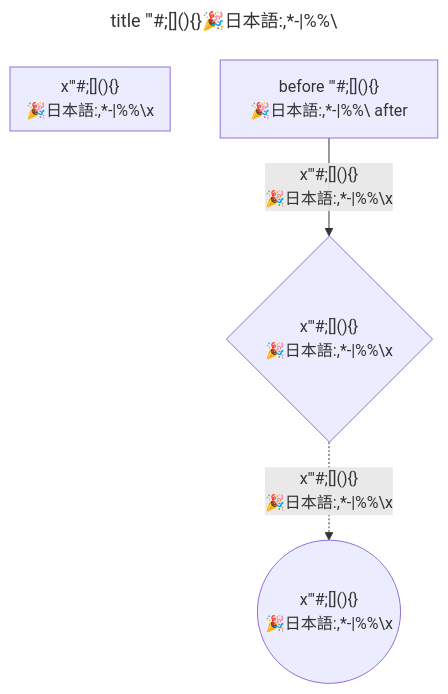
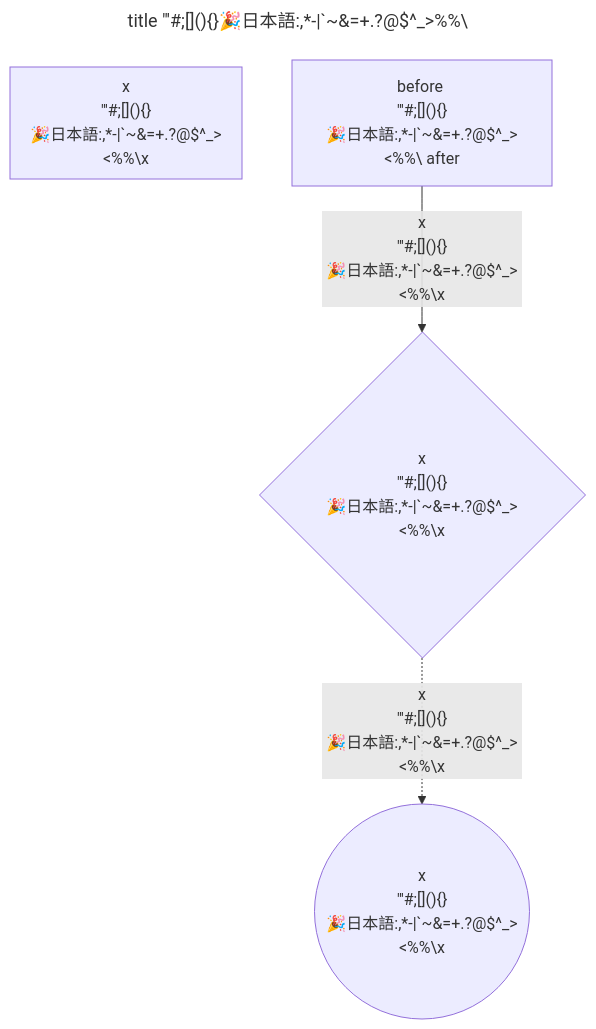
One commit to nao1215/markdown changed the diagram in doc/edgecase/flowchart.md. Above: the diagram before and after it, drawn with Mermaid. The commit also changed other lines of this file and 86 other files, not shown here.

First line of the commit message:
fix(mermaid): escape the labels the extended probe set found unreadable (#188)

````diff
--- a/doc/edgecase/flowchart.md
+++ b/doc/edgecase/flowchart.md
@@ -5,14 +5,14 @@
 ```mermaid
 ---
-title: "title \"'#;[](){}🎉日本語:,*-|%%\\"
+title: "title \"'#;[](){}🎉日本語:,*-|`~&=+.?@$^_>%%\\"
 ---
 flowchart TB
-    subgraph group["x#quot;'#;[](){}<br/>🎉日本語:,*-|%%\x"]
+    subgraph group["x<br/>#quot;'#;[](){}<br/>🎉日本語:,*-|`~&=+.?@$^_><%%\x"]
     end
-    click A "https://example.com" "before #quot;'#;[](){}<br/>🎉日本語:,*-|%%\ after"
-    A["before #quot;'#;[](){}<br/>🎉日本語:,*-|%%\ after"]
-    B{"x#quot;'#;[](){}<br/>🎉日本語:,*-|%%\x"}
-    C(("x#quot;'#;[](){}<br/>🎉日本語:,*-|%%\x"))
-    A-->|"x#quot;'#;[](){}<br/>🎉日本語:,*-|%%\x"|B
-    B-. "x#quot;'#;[](){}<br/>🎉日本語:,*-|%%\x" .-> C
+    click A "https://example.com" "before <br/>#quot;'#;[](){}<br/>🎉日本語:,*-|`~&=+.?@$^_><%%\ after"
+    A["before <br/>#quot;'#;[](){}<br/>🎉日本語:,*-|`~&=+.?@$^_><%%\ after"]
+    B{"x<br/>#quot;'#;[](){}<br/>🎉日本語:,*-|`~&=+.?@$^_><%%\x"}
+    C(("x<br/>#quot;'#;[](){}<br/>🎉日本語:,*-|`~&=+.?@$^_><%%\x"))
+    A-->|"x<br/>#quot;'#;[](){}<br/>🎉日本語:,*-|`~&=+.?@$^_><%%\x"|B
+    B-. "x<br/>#quot;'#;[](){}<br/>🎉日本語:,*-|`~&=+.?@$^_><%%\x" .-> C
 ```
````
